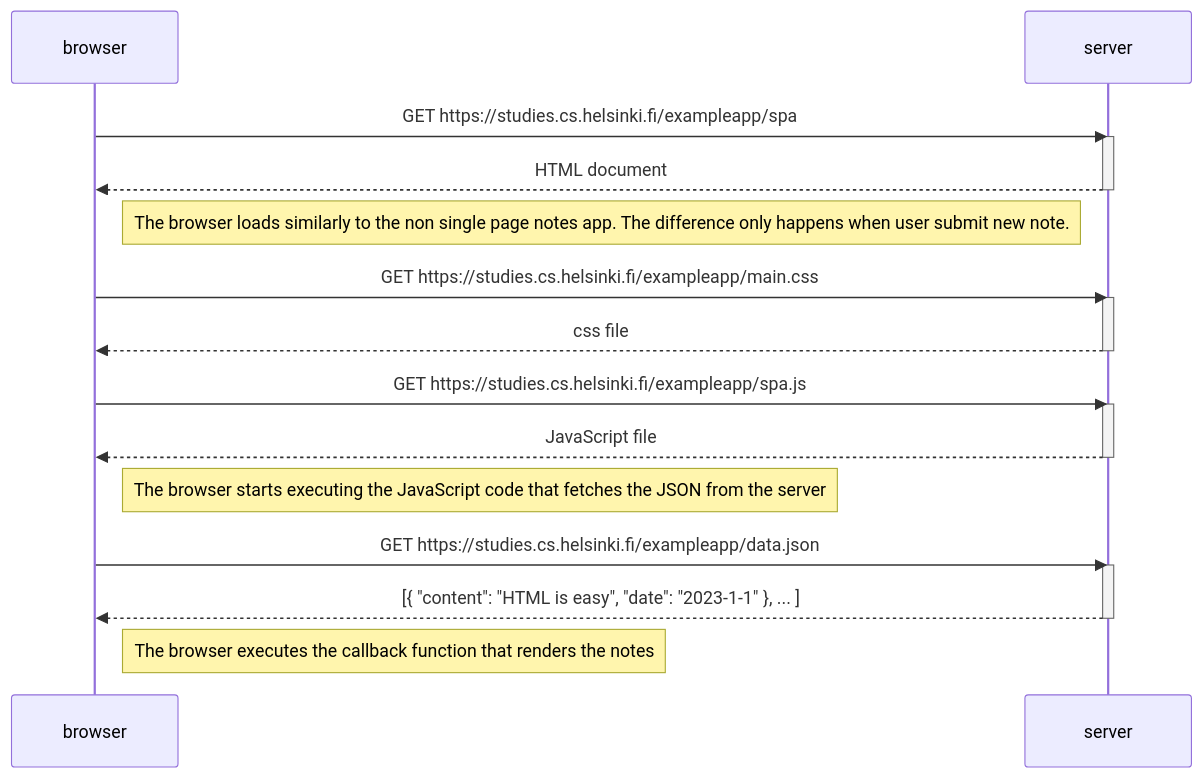
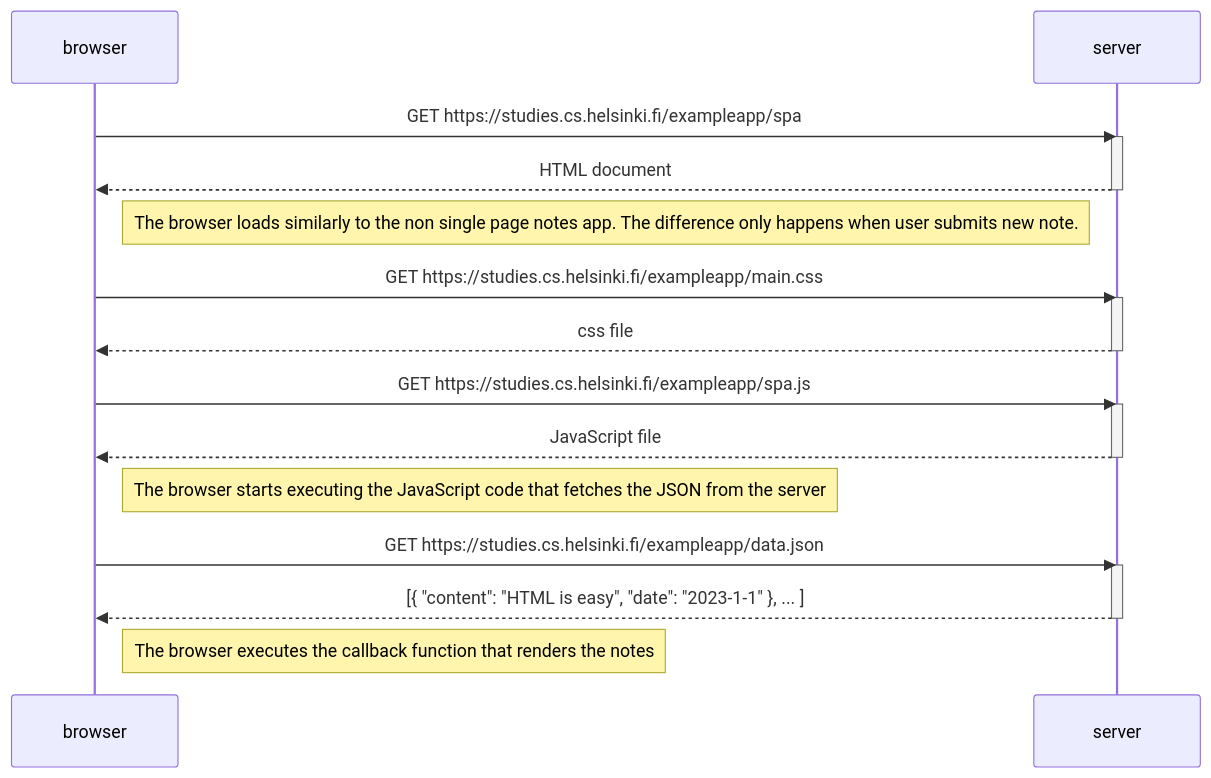
One commit to tyj916/fullstackopen changed the diagram in part0/exercise_0.5.md. Above: the diagram before and after it, drawn with Mermaid. The commit also changed 2 other files, not shown here.

Commit message:
Update comment

````diff
--- a/part0/exercise_0.5.md
+++ b/part0/exercise_0.5.md
@@ -3,31 +3,31 @@
 ```mermaid
 sequenceDiagram
   participant browser
   participant server
 
   browser->>server: GET https://studies.cs.helsinki.fi/exampleapp/spa
   activate server
   server-->>browser: HTML document
   deactivate server
 
-  Note right of browser: The browser loads similarly to the non single page notes app. The difference only happens when user submit new note.
+  Note right of browser: The browser loads similarly to the non single page notes app. The difference only happens when user submits new note.
 
   browser->>server: GET https://studies.cs.helsinki.fi/exampleapp/main.css
   activate server
   server-->>browser: css file
   deactivate server
 
   browser->>server: GET https://studies.cs.helsinki.fi/exampleapp/spa.js
   activate server
   server-->>browser: JavaScript file
   deactivate server
 
   Note right of browser: The browser starts executing the JavaScript code that fetches the JSON from the server
 
   browser->>server: GET https://studies.cs.helsinki.fi/exampleapp/data.json
   activate server
   server-->>browser: [{ "content": "HTML is easy", "date": "2023-1-1" }, ... ]
   deactivate server
 
   Note right of browser: The browser executes the callback function that renders the notes
 ```
````
